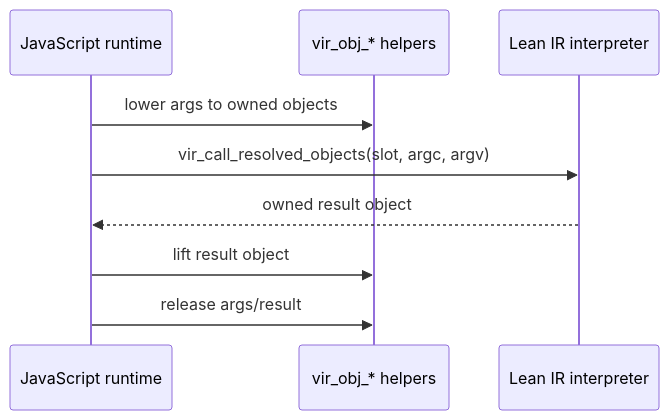
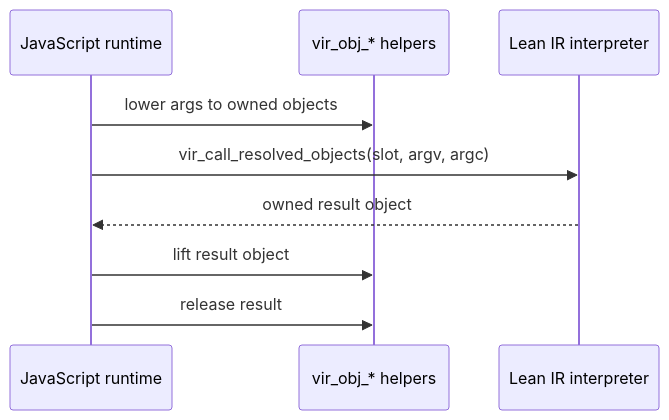
Before and after one commit to ejgallego/lean-vir: the second of 2 diagrams in docs/OBJECT_ABI.md, drawn with Mermaid. The commit also changed other lines of this file and 15 other files, not shown here.

````diff
--- a/docs/OBJECT_ABI.md
+++ b/docs/OBJECT_ABI.md
@@ -63,12 +72,12 @@
 ```mermaid
 sequenceDiagram
   participant JS as JavaScript runtime
   participant ABI as vir_obj_* helpers
   participant IR as Lean IR interpreter
 
   JS->>ABI: lower args to owned objects
-  JS->>IR: vir_call_resolved_objects(slot, argc, argv)
+  JS->>IR: vir_call_resolved_objects(slot, argv, argc)
   IR-->>JS: owned result object
   JS->>ABI: lift result object
-  JS->>ABI: release args/result
+  JS->>ABI: release result
 ```
````
